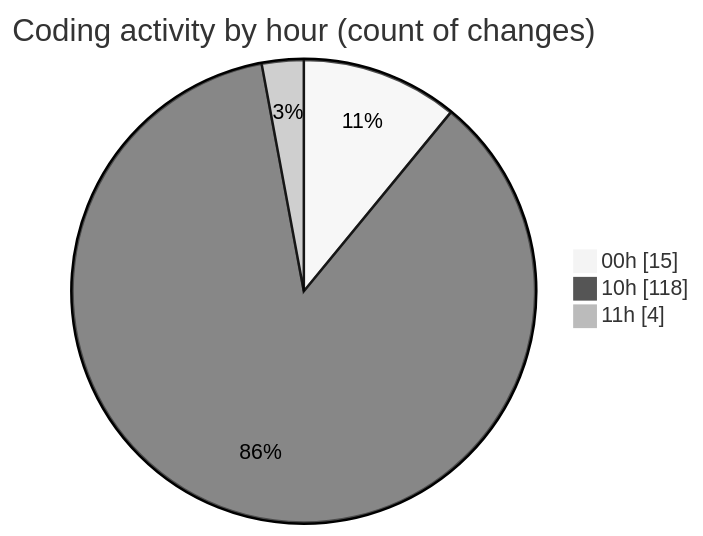
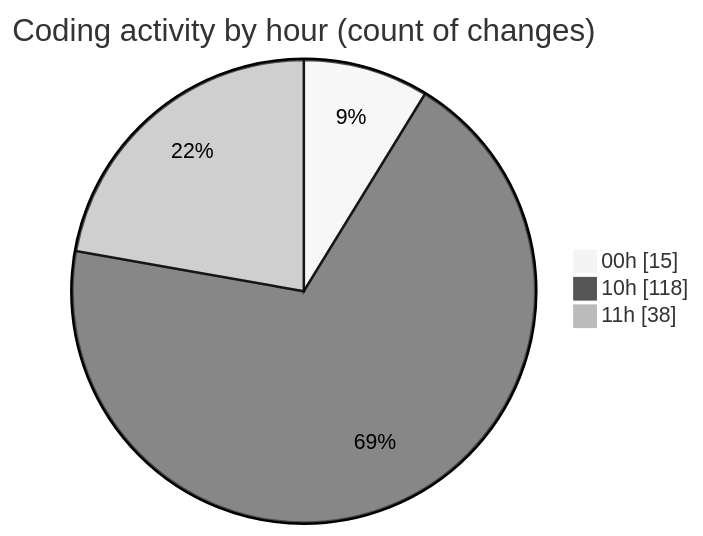
The second of 2 diagrams in 2026-01-11/dsa/README.md (Ritupan-Deka/code-tracking), drawn with Mermaid (neutral theme) before and after one commit. The commit also changed other lines of this file and 1 other file, not shown here.

````diff
--- a/2026-01-11/dsa/README.md
+++ b/2026-01-11/dsa/README.md
@@ -28,7 +28,7 @@
 ```mermaid
 pie showData
 title Coding activity by hour (count of changes)
 "00h" : 15
 "10h" : 118
-"11h" : 4
+"11h" : 38
 ```
````
